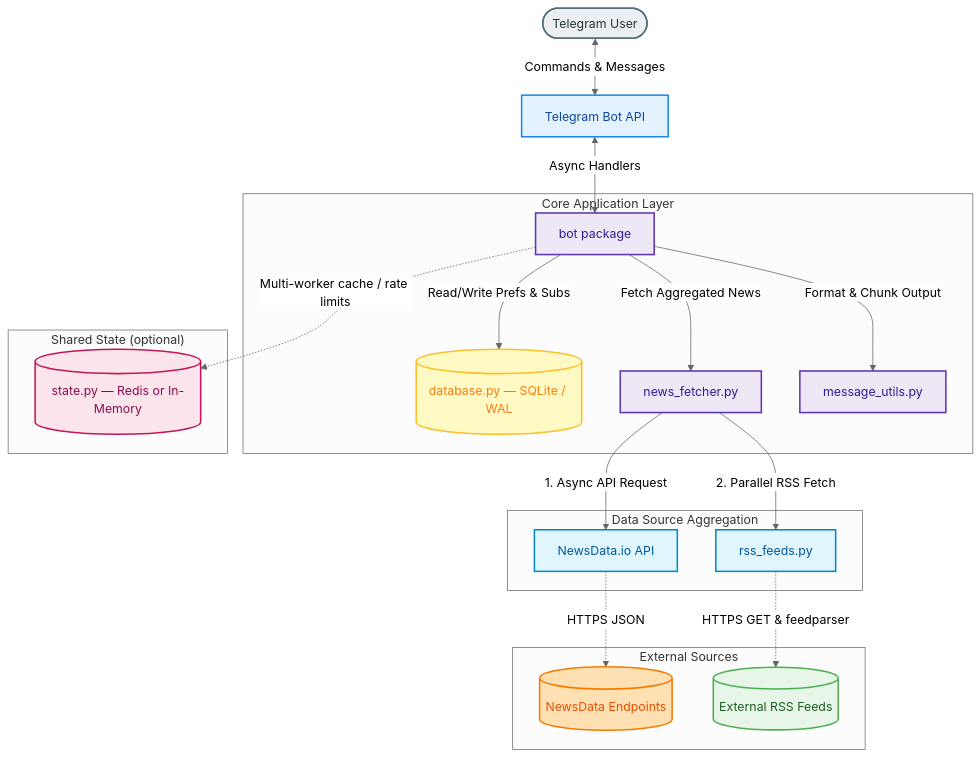
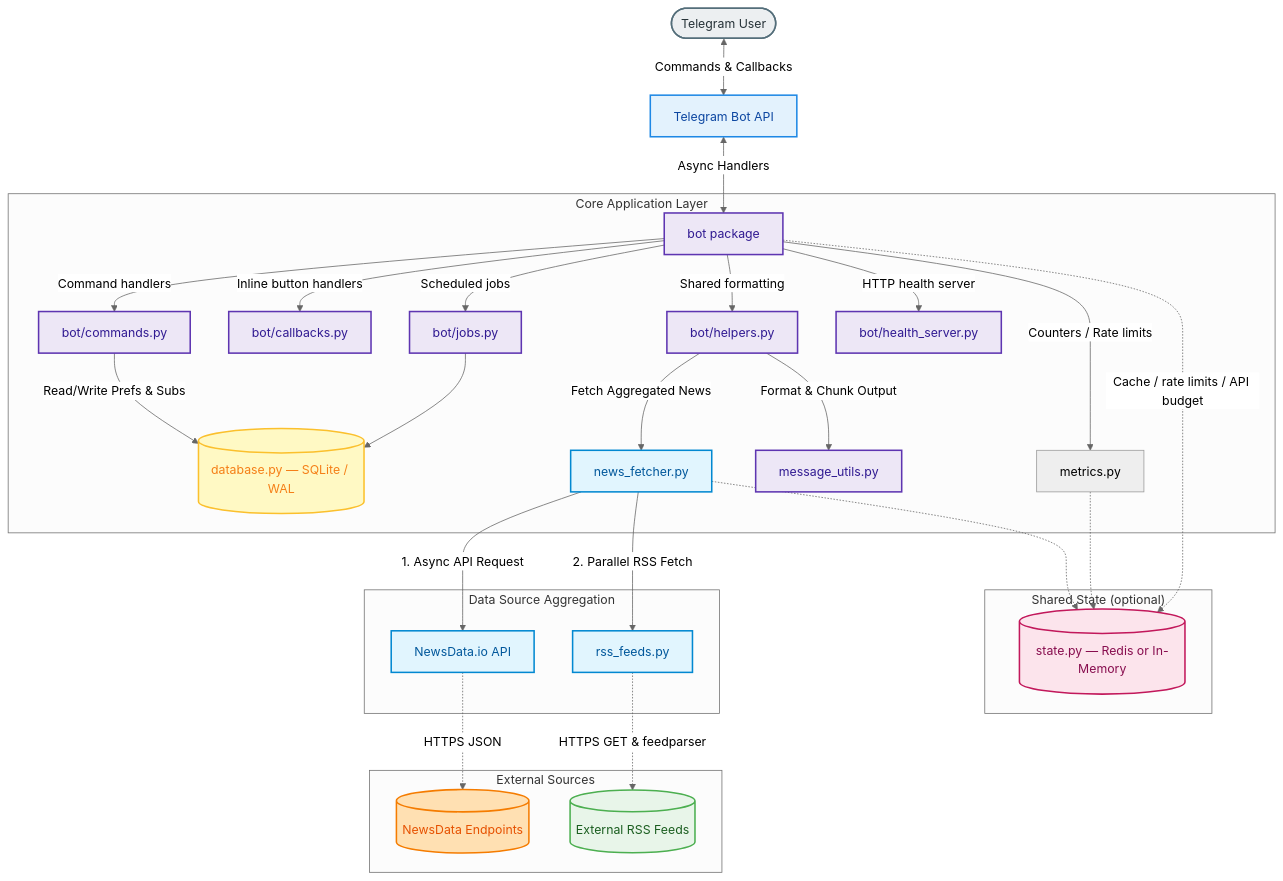
The diagram in README.md (sunil-gumatimath/newsdrop), drawn with Mermaid (neutral theme) before and after one commit. The commit also changed other lines of this file, not shown here.

Commit message:
docs: update README with detailed architecture, uv/pip setup, health endpoints, and refined feature descriptions

````diff
--- a/README.md
+++ b/README.md
@@ -44,37 +46,51 @@
 ```mermaid
 graph TD
-    User(["Telegram User"]) <-->|"Commands & Messages"| Telegram["Telegram Bot API"]
+    User(["Telegram User"]) <-->|"Commands & Callbacks"| Telegram["Telegram Bot API"]
     Telegram <-->|"Async Handlers"| Bot["bot package"]
 
     subgraph "Core Application Layer"
-        Bot -->|"Read/Write Prefs & Subs"| DB[("database.py — SQLite / WAL")]
-        Bot -->|"Fetch Aggregated News"| Fetcher["news_fetcher.py"]
-        Bot -->|"Format & Chunk Output"| Utils["message_utils.py"]
+        Bot -->|"Command handlers"| Commands["bot/commands.py"]
+        Bot -->|"Inline button handlers"| Callbacks["bot/callbacks.py"]
+        Bot -->|"Scheduled jobs"| Jobs["bot/jobs.py"]
+        Bot -->|"Shared formatting"| Helpers["bot/helpers.py"]
+        Bot -->|"HTTP health server"| HealthServer["bot/health_server.py"]
+        Commands -->|"Read/Write Prefs & Subs"| DB[("database.py — SQLite / WAL")]
+        Jobs --> DB
+        Helpers -->|"Fetch Aggregated News"| Fetcher["news_fetcher.py"]
+        Helpers -->|"Format & Chunk Output"| Utils["message_utils.py"]
+        Bot -->|"Counters / Rate limits"| Metrics["metrics.py"]
     end
 
     subgraph "Data Source Aggregation"
         Fetcher -->|"1. Async API Request"| NewsAPI["NewsData.io API"]
         Fetcher -->|"2. Parallel RSS Fetch"| RSS["rss_feeds.py"]
     end
 
     subgraph "External Sources"
         NewsAPI -.->|"HTTPS JSON"| WebAPI[("NewsData Endpoints")]
         RSS -.->|"HTTPS GET & feedparser"| Feeds[("External RSS Feeds")]
     end
 
     subgraph "Shared State (optional)"
-        Bot -.->|"Multi-worker cache / rate limits"| State[("state.py — Redis or In-Memory")]
+        Bot -.->|"Cache / rate limits / API budget"| State[("state.py — Redis or In-Memory")]
+        Fetcher -.-> State
+        Metrics -.-> State
     end
 
     style User fill:#eceff1,stroke:#546e7a,stroke-width:2px,color:#263238
     style Telegram fill:#e3f2fd,stroke:#1e88e5,stroke-width:2px,color:#0d47a1
     style Bot fill:#ede7f6,stroke:#5e35b1,stroke-width:2px,color:#311b92
-    style Fetcher fill:#ede7f6,stroke:#5e35b1,stroke-width:2px,color:#311b92
+    style Commands fill:#ede7f6,stroke:#5e35b1,stroke-width:2px,color:#311b92
+    style Callbacks fill:#ede7f6,stroke:#5e35b1,stroke-width:2px,color:#311b92
+    style Jobs fill:#ede7f6,stroke:#5e35b1,stroke-width:2px,color:#311b92
+    style Helpers fill:#ede7f6,stroke:#5e35b1,stroke-width:2px,color:#311b92
+    style HealthServer fill:#ede7f6,stroke:#5e35b1,stroke-width:2px,color:#311b92
     style Utils fill:#ede7f6,stroke:#5e35b1,stroke-width:2px,color:#311b92
     style DB fill:#fff9c4,stroke:#fbc02d,stroke-width:2px,color:#f57f17
+    style Fetcher fill:#e1f5fe,stroke:#0288d1,stroke-width:2px,color:#01579b
     style NewsAPI fill:#e1f5fe,stroke:#0288d1,stroke-width:2px,color:#01579b
     style RSS fill:#e1f5fe,stroke:#0288d1,stroke-width:2px,color:#01579b
     style WebAPI fill:#ffe0b2,stroke:#f57c00,stroke-width:2px,color:#e65100
     style Feeds fill:#e8f5e9,stroke:#4caf50,stroke-width:2px,color:#1b5e20
     style State fill:#fce4ec,stroke:#c2185b,stroke-width:2px,color:#880e4f
 ```
````
